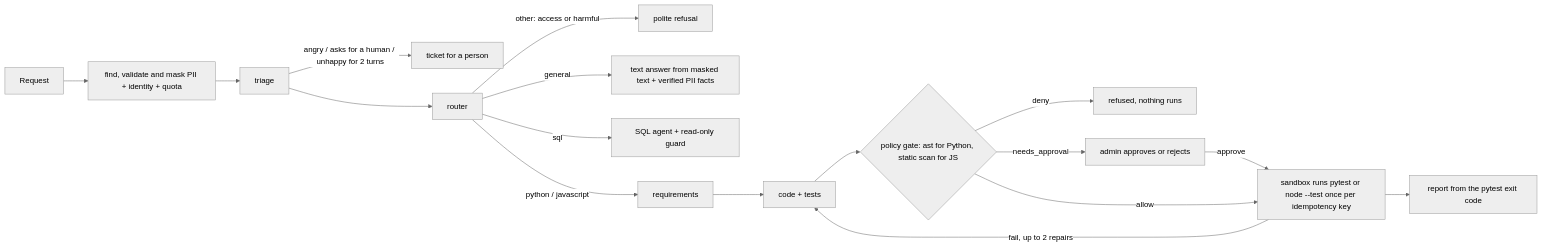
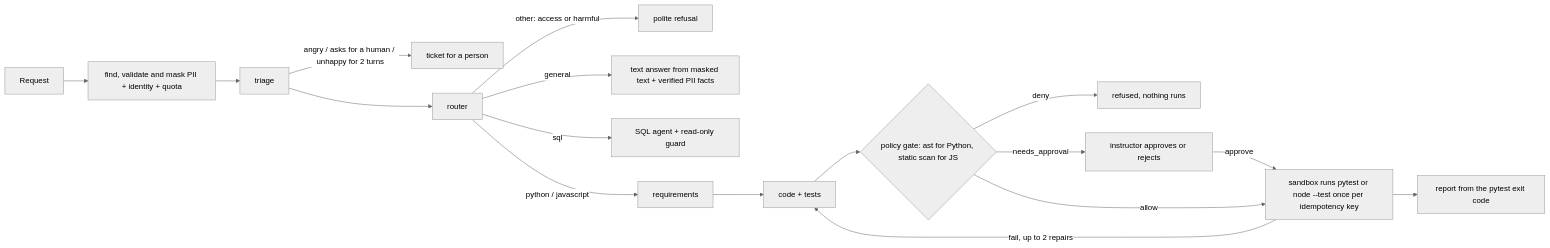
One commit to prathameshmanjare-cloud/404 changed the diagram in README.md. Above: the diagram before and after it, drawn with Mermaid (neutral theme). The commit also changed other lines of this file and 42 other files, not shown here.

````diff
--- a/README.md
+++ b/README.md
@@ -10,18 +10,18 @@
 ```mermaid
 flowchart LR
   A[Request] --> M[find, validate and mask PII + identity + quota]
   M --> T[triage]
   T -- angry / asks for a human / unhappy for 2 turns --> K[ticket for a person]
   T --> R[router]
   R -- other: access or harmful --> X[polite refusal]
   R -- general --> G[text answer from masked text + verified PII facts]
   R -- sql --> S[SQL agent + read-only guard]
   R -- python / javascript --> Q[requirements] --> C[code + tests]
   C --> P{policy gate: ast for Python, static scan for JS}
   P -- deny --> D[refused, nothing runs]
-  P -- needs_approval --> AP[admin approves or rejects]
+  P -- needs_approval --> AP[instructor approves or rejects]
   AP -- approve --> SB
   P -- allow --> SB[sandbox runs pytest or node --test once per idempotency key]
   SB -- fail, up to 2 repairs --> C
   SB --> REP[report from the pytest exit code]
 ```
````
